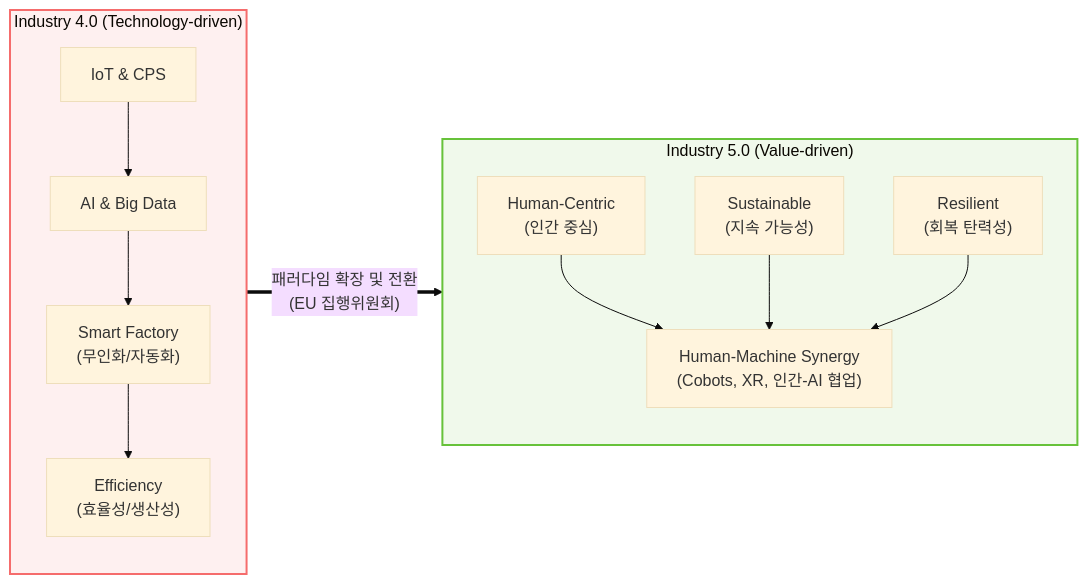
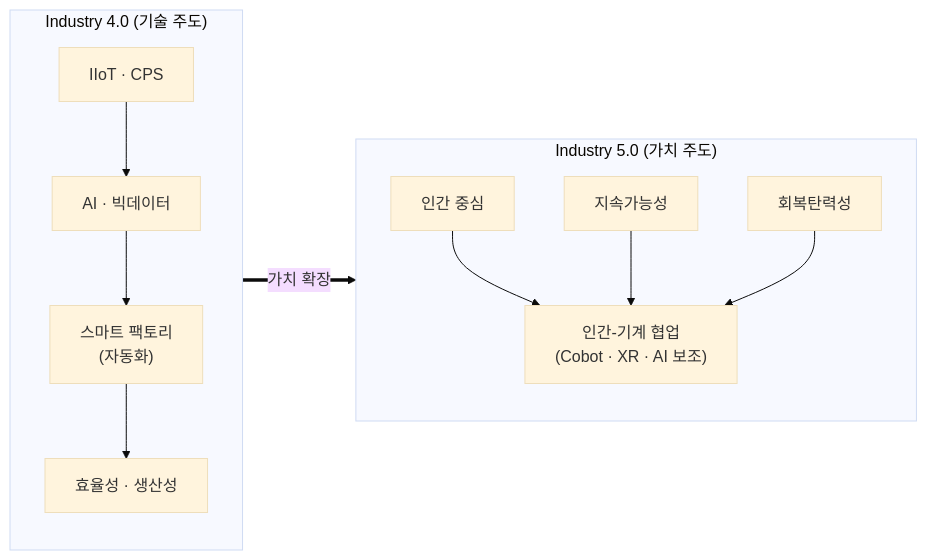
Before and after one commit to supremethumb/supremethumb.github.io: the diagram in content/01_IT Tech/인더스트리 4.0 5.0.md, drawn with Mermaid (base theme). The commit also changed other lines of this file and 1087 other files, not shown here.

````diff
--- a/content/01_IT Tech/인더스트리 4.0 5.0.md
+++ b/content/01_IT Tech/인더스트리 4.0 5.0.md
@@ -26,23 +36,20 @@
 ```mermaid
 flowchart LR
-    subgraph I40 ["Industry 4.0 (Technology-driven)"]
+    subgraph I40 ["Industry 4.0 (기술 주도)"]
         direction TB
-        IoT["IoT & CPS"] --> AI["AI & Big Data"]
-        AI --> SmartFac["Smart Factory<br/>(무인화/자동화)"]
-        SmartFac --> Eff["Efficiency<br/>(효율성/생산성)"]
+        IoT["IIoT · CPS"] --> AI["AI · 빅데이터"]
+        AI --> SF["스마트 팩토리<br/>(자동화)"]
+        SF --> Eff["효율성 · 생산성"]
     end
-
-    subgraph I50 ["Industry 5.0 (Value-driven)"]
+    subgraph I50 ["Industry 5.0 (가치 주도)"]
         direction TB
-        Hum["Human-Centric<br/>(인간 중심)"]
-        Sus["Sustainable<br/>(지속 가능성)"]
-        Res["Resilient<br/>(회복 탄력성)"]
-        Hum & Sus & Res --> Syn["Human-Machine Synergy<br/>(Cobots, XR, 인간-AI 협업)"]
+        Hum["인간 중심"]
+        Sus["지속가능성"]
+        Res["회복탄력성"]
+        Syn["인간-기계 협업<br/>(Cobot · XR · AI 보조)"]
+        Hum --> Syn
+        Sus --> Syn
+        Res --> Syn
     end
-
-    I40 =="패러다임 확장 및 전환<br/>(EU 집행위원회)"==> I50
-    
-    style I40 fill:#fef0f0,stroke:#f56c6c,stroke-width:2px
-    style I50 fill:#f0f9eb,stroke:#67c23a,stroke-width:2px
-
+    I40 ==>|"가치 확장"| I50
 ```
````
